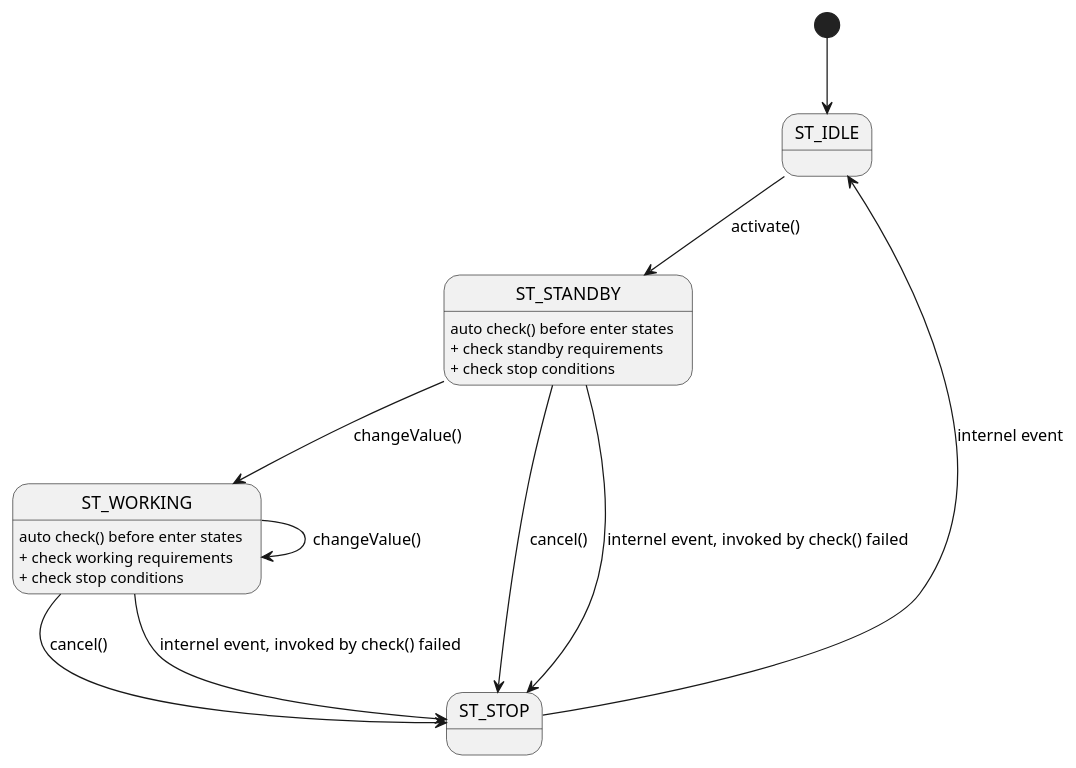
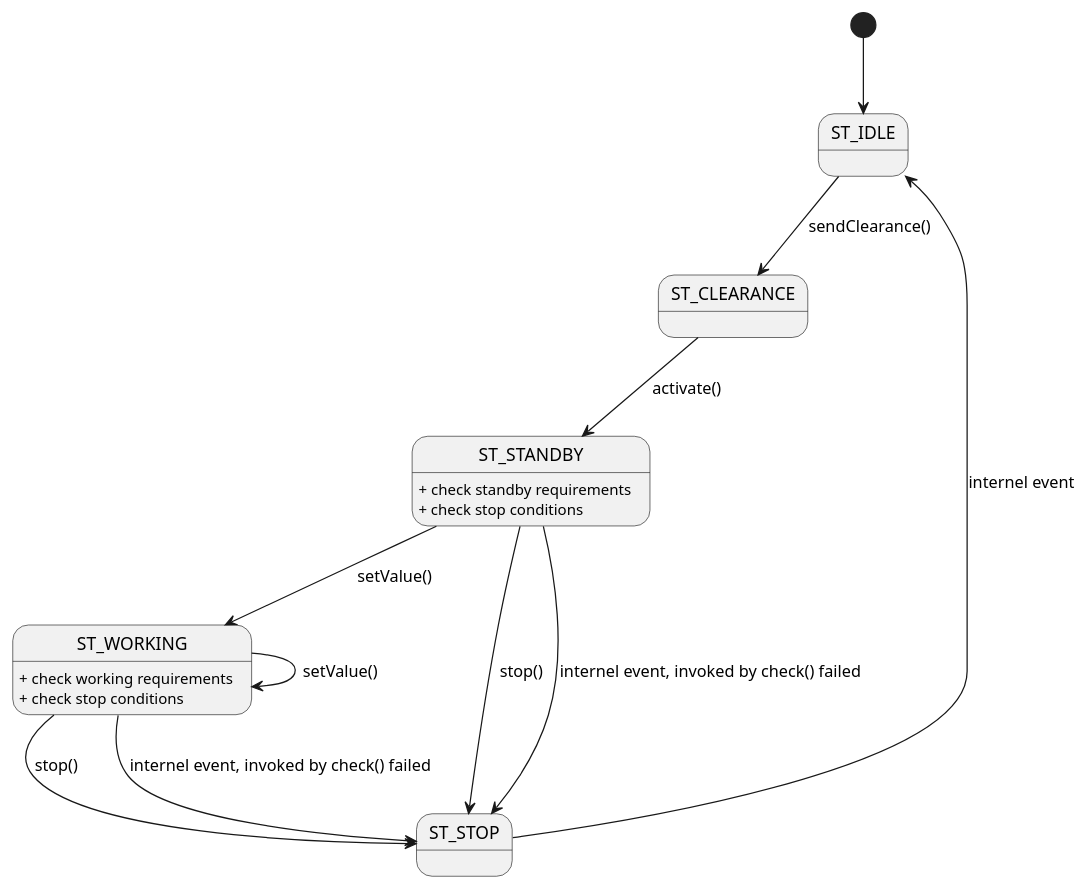
One commit to masszhou/CANbus_state_machine changed the diagram in README.md. Above: the diagram before and after it, drawn with PlantUML.

Commit message:
* update uml to current code

````diff
--- a/README.md
+++ b/README.md
@@ -6,19 +6,18 @@
 ```puml
 @startuml
 [*] --> ST_IDLE
-ST_IDLE --> ST_STANDBY : activate()
-ST_STANDBY --> ST_WORKING : changeValue()
-ST_STANDBY --> ST_STOP : cancel()
-ST_STANDBY : auto check() before enter states
+ST_IDLE --> ST_CLEARANCE : sendClearance()
+ST_CLEARANCE -->ST_STANDBY : activate()
+ST_STANDBY --> ST_WORKING : setValue()
+ST_STANDBY --> ST_STOP : stop()
 ST_STANDBY : + check standby requirements
 ST_STANDBY : + check stop conditions
 ST_STANDBY --> ST_STOP : internel event, invoked by check() failed
-ST_WORKING --> ST_WORKING : changeValue()
-ST_WORKING --> ST_STOP : cancel()
-ST_WORKING : auto check() before enter states
+ST_WORKING --> ST_WORKING : setValue()
+ST_WORKING --> ST_STOP : stop()
 ST_WORKING : + check working requirements
 ST_WORKING : + check stop conditions
 ST_WORKING --> ST_STOP : internel event, invoked by check() failed
 ST_STOP --> ST_IDLE : internel event
 @enduml
 ```
````
